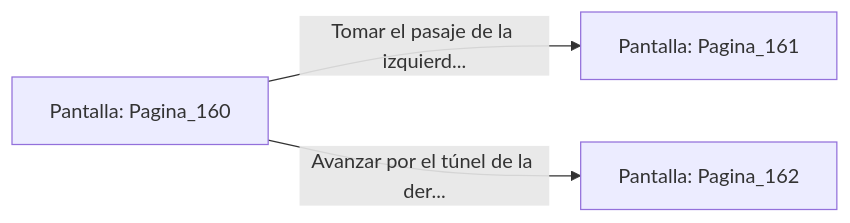
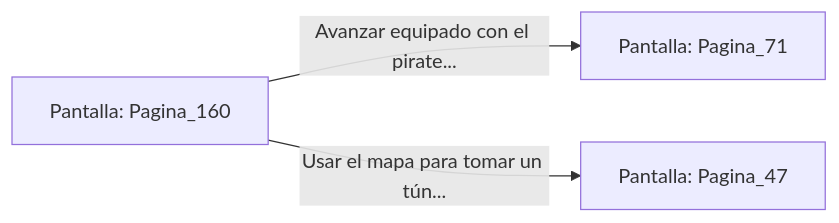
One commit to metsuke/mpl changed the diagram in sample/eligejuego-vault/Pantalla_Pagina_160.md. Above: the diagram before and after it, drawn with Mermaid. The commit also changed other lines of this file and 635 other files, not shown here.

First line of the commit message:
fix: añadir Pagina_1 como pantalla inicial en capitulo_01.mpl

````diff
--- a/sample/eligejuego-vault/Pantalla_Pagina_160.md
+++ b/sample/eligejuego-vault/Pantalla_Pagina_160.md
@@ -20,6 +22,6 @@
 ```mermaid
 graph LR
     P_Pagina_160["Pantalla: Pagina_160"]
-    P_Pagina_160 -->|"Tomar el pasaje de la izquierd..."| P_Pagina_161["Pantalla: Pagina_161"]
-    P_Pagina_160 -->|"Avanzar por el túnel de la der..."| P_Pagina_162["Pantalla: Pagina_162"]
+    P_Pagina_160 -->|"Avanzar equipado con el pirate..."| P_Pagina_71["Pantalla: Pagina_71"]
+    P_Pagina_160 -->|"Usar el mapa para tomar un tún..."| P_Pagina_47["Pantalla: Pagina_47"]
 ```
````
